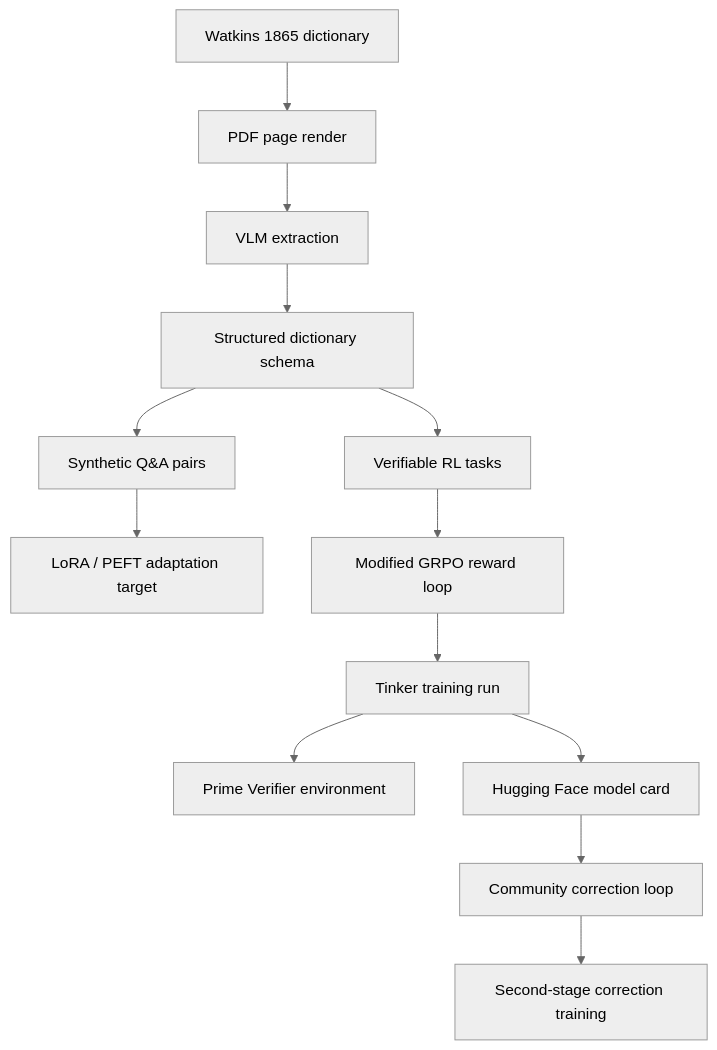
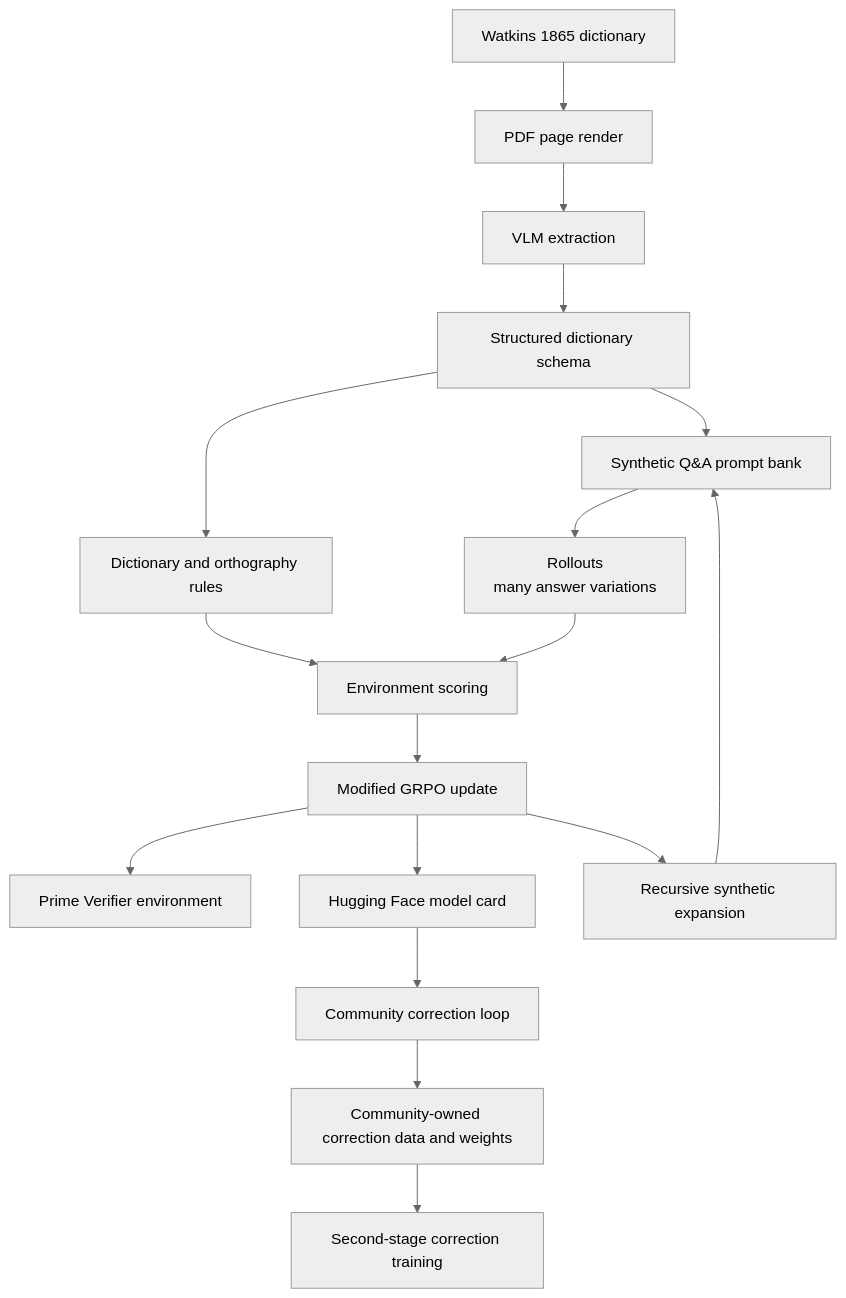
The diagram in README.md (HarleyCoops/Cree1865), drawn with Mermaid (neutral theme) before and after one commit. The commit also changed other lines of this file and 1 other file, not shown here.

Commit message:
docs: explain Q&A rollouts in Cree RL

````diff
--- a/README.md
+++ b/README.md
@@ -88,15 +117,19 @@
 ```mermaid
 flowchart TD
     A["Watkins 1865 dictionary"] --> B["PDF page render"]
     B --> C["VLM extraction"]
     C --> D["Structured dictionary schema"]
-    D --> E["Synthetic Q&A pairs"]
-    D --> F["Verifiable RL tasks"]
-    E --> G["LoRA / PEFT adaptation target"]
-    F --> H["Modified GRPO reward loop"]
-    H --> I["Tinker training run"]
+    D --> E["Synthetic Q&A prompt bank"]
+    D --> F["Dictionary and orthography rules"]
+    E --> G["Rollouts<br/>many answer variations"]
+    F --> H["Environment scoring"]
+    G --> H
+    H --> I["Modified GRPO update"]
     I --> J["Prime Verifier environment"]
     I --> K["Hugging Face model card"]
-    K --> L["Community correction loop"]
-    L --> M["Second-stage correction training"]
+    I --> L["Recursive synthetic expansion"]
+    L --> E
+    K --> M["Community correction loop"]
+    M --> N["Community-owned correction data and weights"]
+    N --> O["Second-stage correction training"]
 ```
````
